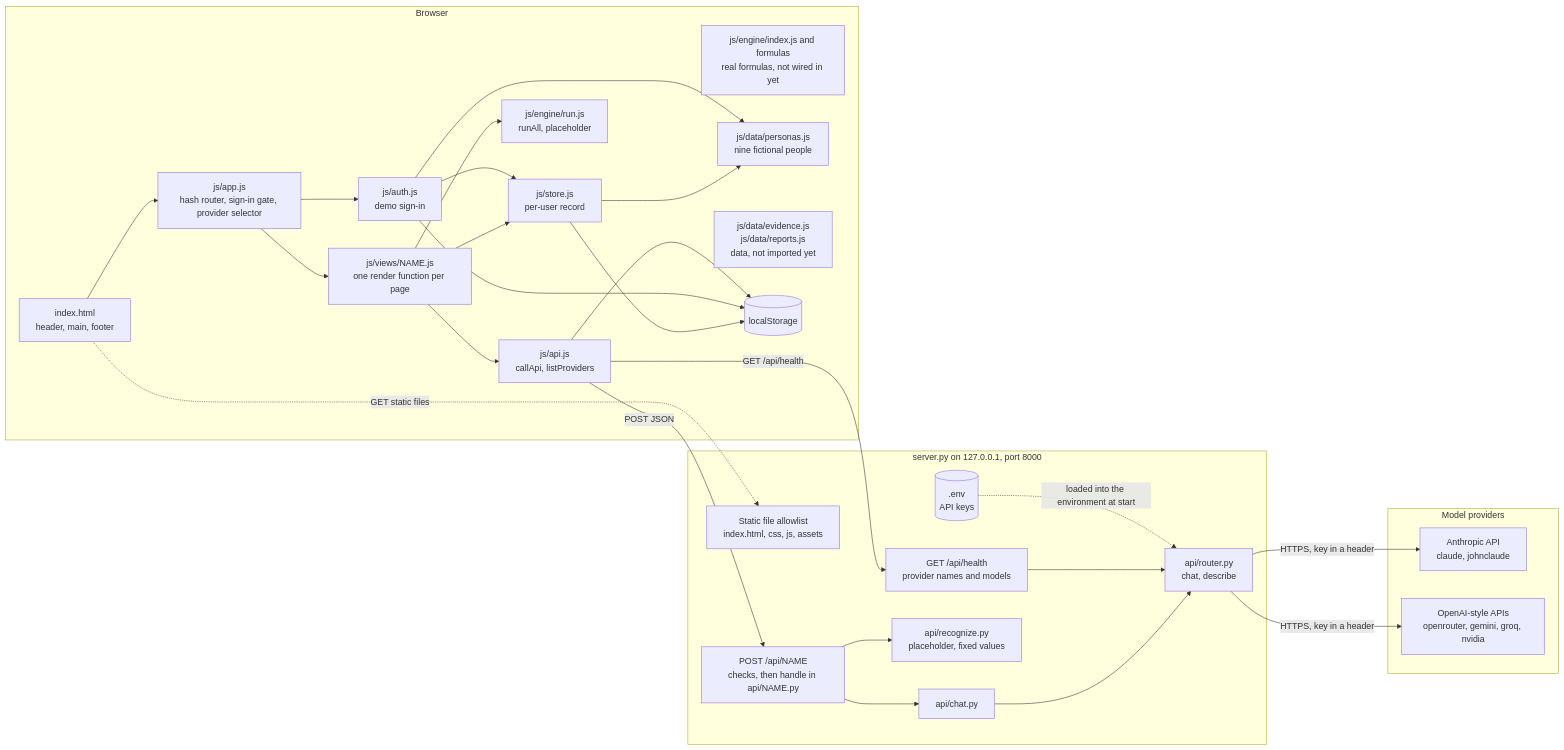
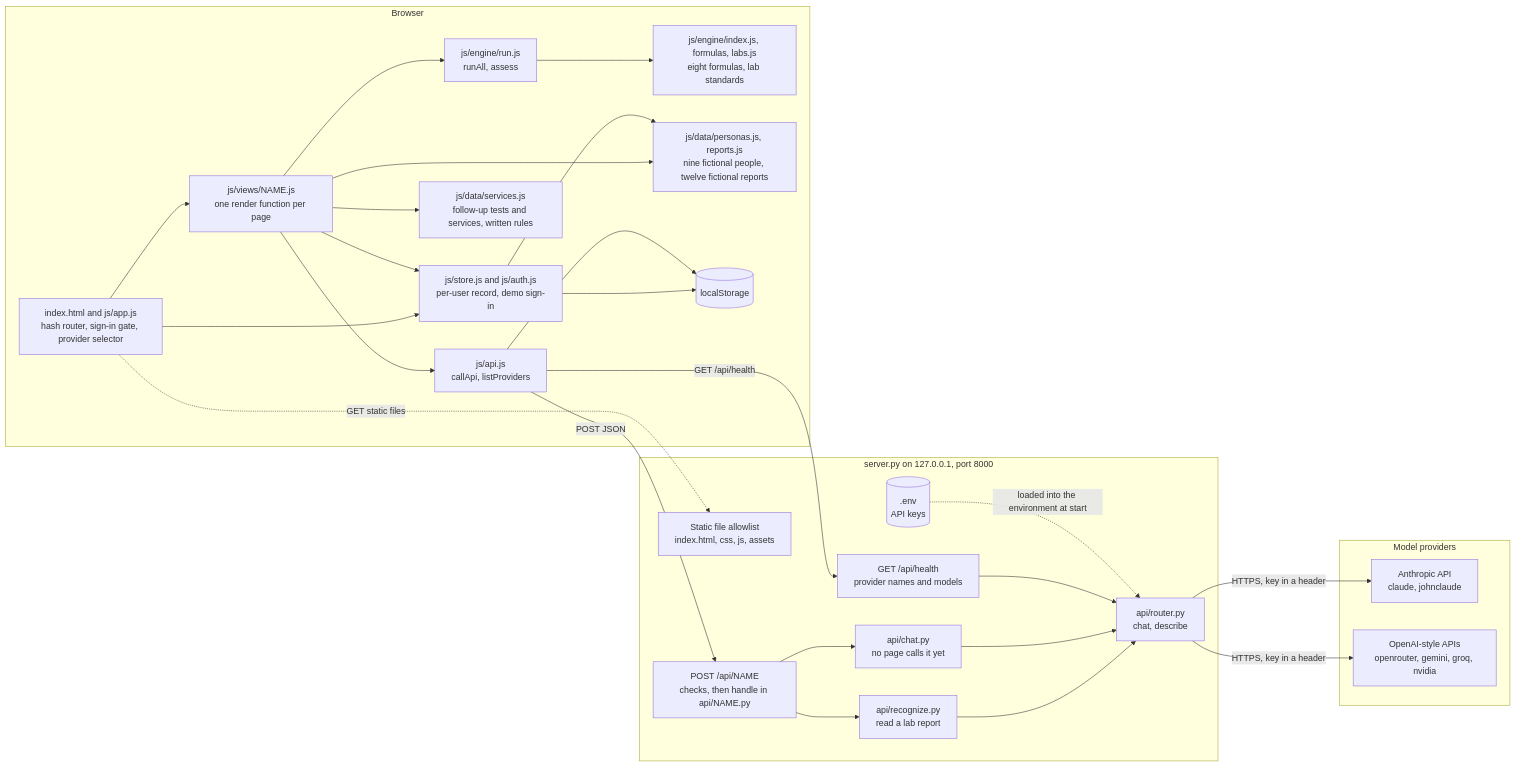
The second of 7 diagrams in docs/architecture.md (tingwei161803/unify-risk), drawn with Mermaid before and after one commit. The commit also changed other lines of this file and 1 other file, not shown here.

First line of the commit message:
Refresh the architecture overview to match main

````diff
--- a/docs/architecture.md
+++ b/docs/architecture.md
@@ -20,55 +41,53 @@
 ```mermaid
 flowchart LR
     subgraph BROWSER["Browser"]
-        HTML["index.html<br/>header, main, footer"]
-        APP["js/app.js<br/>hash router, sign-in gate, provider selector"]
+        APP["index.html and js/app.js<br/>hash router, sign-in gate, provider selector"]
         VIEWS["js/views/NAME.js<br/>one render function per page"]
-        STORE["js/store.js<br/>per-user record"]
-        AUTH["js/auth.js<br/>demo sign-in"]
-        ENGINE["js/engine/run.js<br/>runAll, placeholder"]
-        FORMULAS["js/engine/index.js and formulas<br/>real formulas, not wired in yet"]
-        PERSONAS["js/data/personas.js<br/>nine fictional people"]
-        UNUSED["js/data/evidence.js<br/>js/data/reports.js<br/>data, not imported yet"]
+        STORE["js/store.js and js/auth.js<br/>per-user record, demo sign-in"]
+        ENGINE["js/engine/run.js<br/>runAll, assess"]
+        FORMULAS["js/engine/index.js, formulas, labs.js<br/>eight formulas, lab standards"]
+        RULES["js/data/services.js<br/>follow-up tests and services, written rules"]
+        SAMPLES["js/data/personas.js, reports.js<br/>nine fictional people, twelve fictional reports"]
         APIJS["js/api.js<br/>callApi, listProviders"]
         LS[("localStorage")]
     end
 
     subgraph SERVER["server.py on 127.0.0.1, port 8000"]
         STATIC["Static file allowlist<br/>index.html, css, js, assets"]
         HEALTH["GET /api/health<br/>provider names and models"]
         DISPATCH["POST /api/NAME<br/>checks, then handle in api/NAME.py"]
-        CHAT["api/chat.py"]
-        RECOGNIZE["api/recognize.py<br/>placeholder, fixed values"]
+        RECOGNIZE["api/recognize.py<br/>read a lab report"]
+        CHAT["api/chat.py<br/>no page calls it yet"]
         ROUTER["api/router.py<br/>chat, describe"]
         ENV[(".env<br/>API keys")]
     end
 
     subgraph PROVIDERS["Model providers"]
         ANTHROPIC["Anthropic API<br/>claude, johnclaude"]
         OPENAI["OpenAI-style APIs<br/>openrouter, gemini, groq, nvidia"]
     end
 
-    HTML --> APP
     APP --> VIEWS
-    APP --> AUTH
+    APP --> STORE
     VIEWS --> STORE
     VIEWS --> ENGINE
+    VIEWS --> RULES
+    VIEWS --> SAMPLES
     VIEWS --> APIJS
-    AUTH --> STORE
-    STORE --> PERSONAS
-    AUTH --> PERSONAS
+    ENGINE --> FORMULAS
+    STORE --> SAMPLES
     STORE --> LS
-    AUTH --> LS
     APIJS --> LS
 
-    HTML -. "GET static files" .-> STATIC
+    APP -. "GET static files" .-> STATIC
     APIJS -- "GET /api/health" --> HEALTH
     APIJS -- "POST JSON" --> DISPATCH
+    DISPATCH --> RECOGNIZE
     DISPATCH --> CHAT
-    DISPATCH --> RECOGNIZE
+    RECOGNIZE --> ROUTER
     CHAT --> ROUTER
     HEALTH --> ROUTER
     ENV -. "loaded into the environment at start" .-> ROUTER
     ROUTER -- "HTTPS, key in a header" --> ANTHROPIC
     ROUTER -- "HTTPS, key in a header" --> OPENAI
 ```
````
